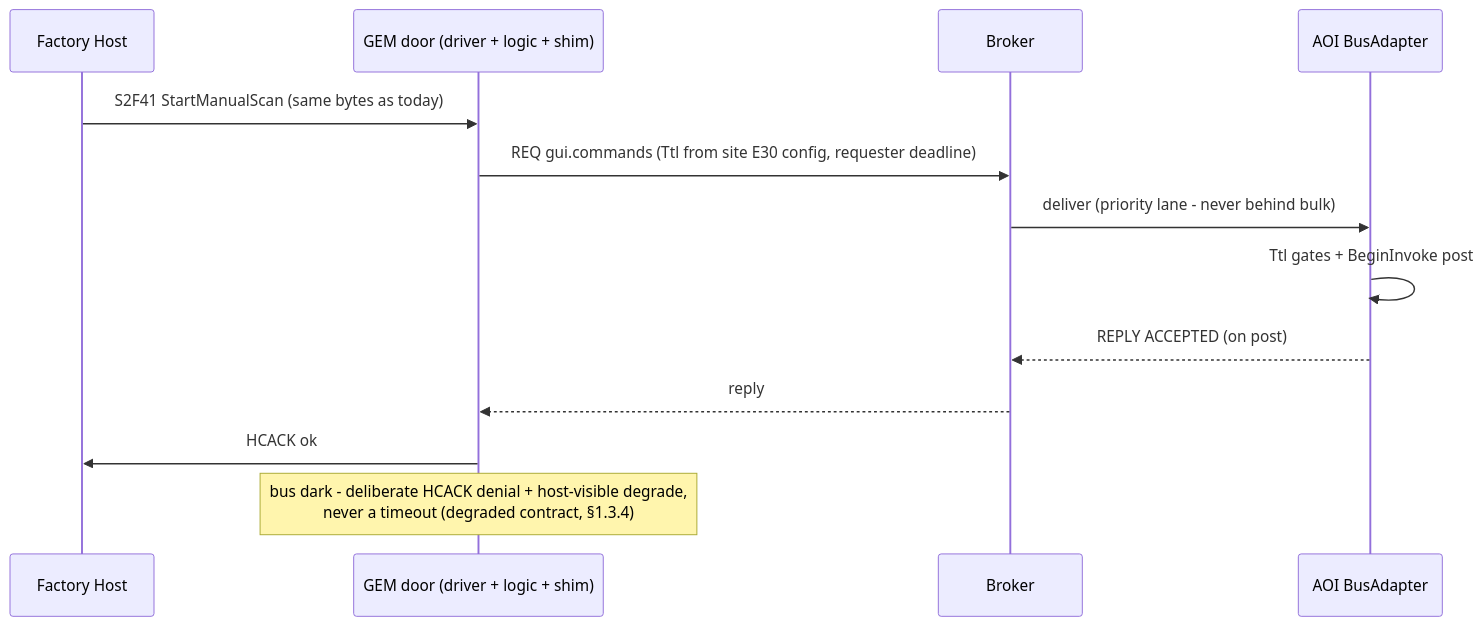
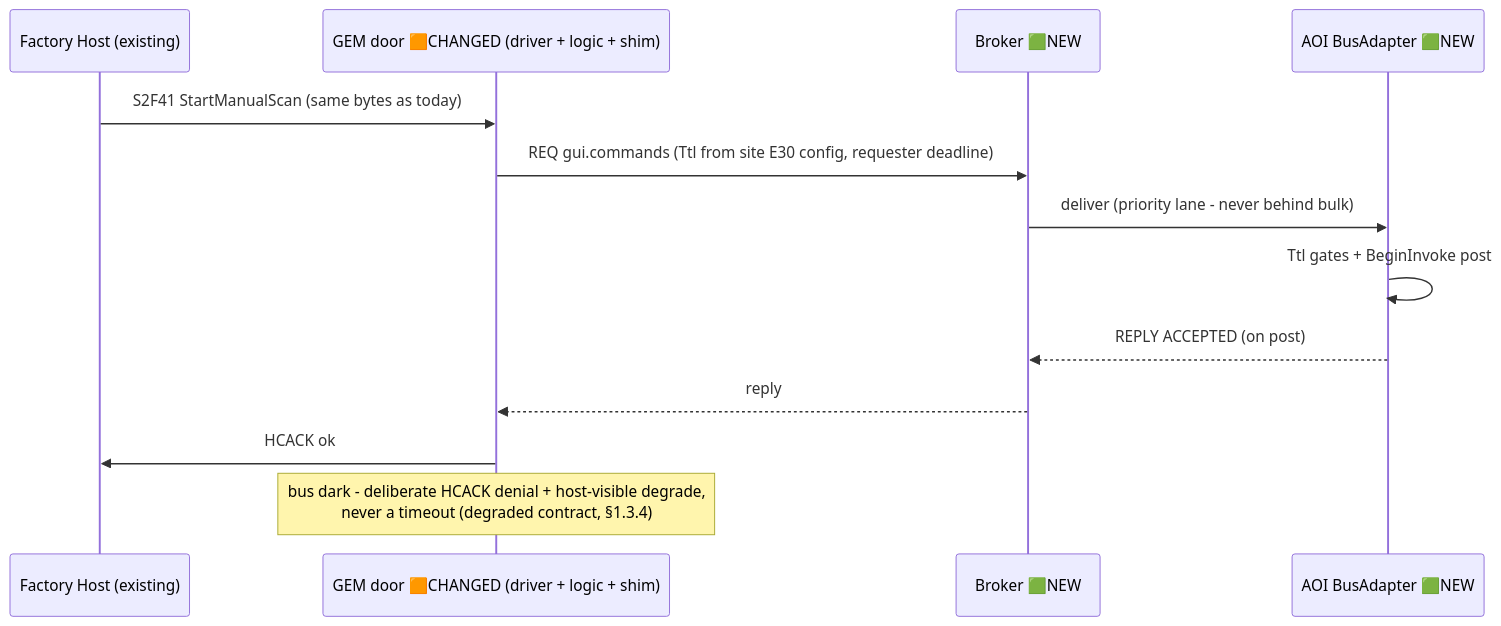
Before and after one commit to amitA-camtek/bus_gateway: the fifth of 15 diagrams in stage/01-system-architecture.md, drawn with Mermaid. The commit also changed other lines of this file and 11 other files, not shown here.

````diff
--- a/stage/01-system-architecture.md
+++ b/stage/01-system-architecture.md
@@ -123,16 +152,16 @@
 ```mermaid
 sequenceDiagram
-    participant H as Factory Host
-    participant G as GEM door (driver + logic + shim)
-    participant BUS as Broker
-    participant FP as AOI BusAdapter
+    participant H as Factory Host (existing)
+    participant G as GEM door 🟧CHANGED (driver + logic + shim)
+    participant BUS as Broker 🟩NEW
+    participant FP as AOI BusAdapter 🟩NEW
 
     H->>G: S2F41 StartManualScan (same bytes as today)
     G->>BUS: REQ gui.commands (Ttl from site E30 config, requester deadline)
     BUS->>FP: deliver (priority lane - never behind bulk)
     FP->>FP: Ttl gates + BeginInvoke post
     FP-->>BUS: REPLY ACCEPTED (on post)
     BUS-->>G: reply
     G->>H: HCACK ok
     Note over G: bus dark - deliberate HCACK denial + host-visible degrade,<br/>never a timeout (degraded contract, §1.3.4)
 ```
````
